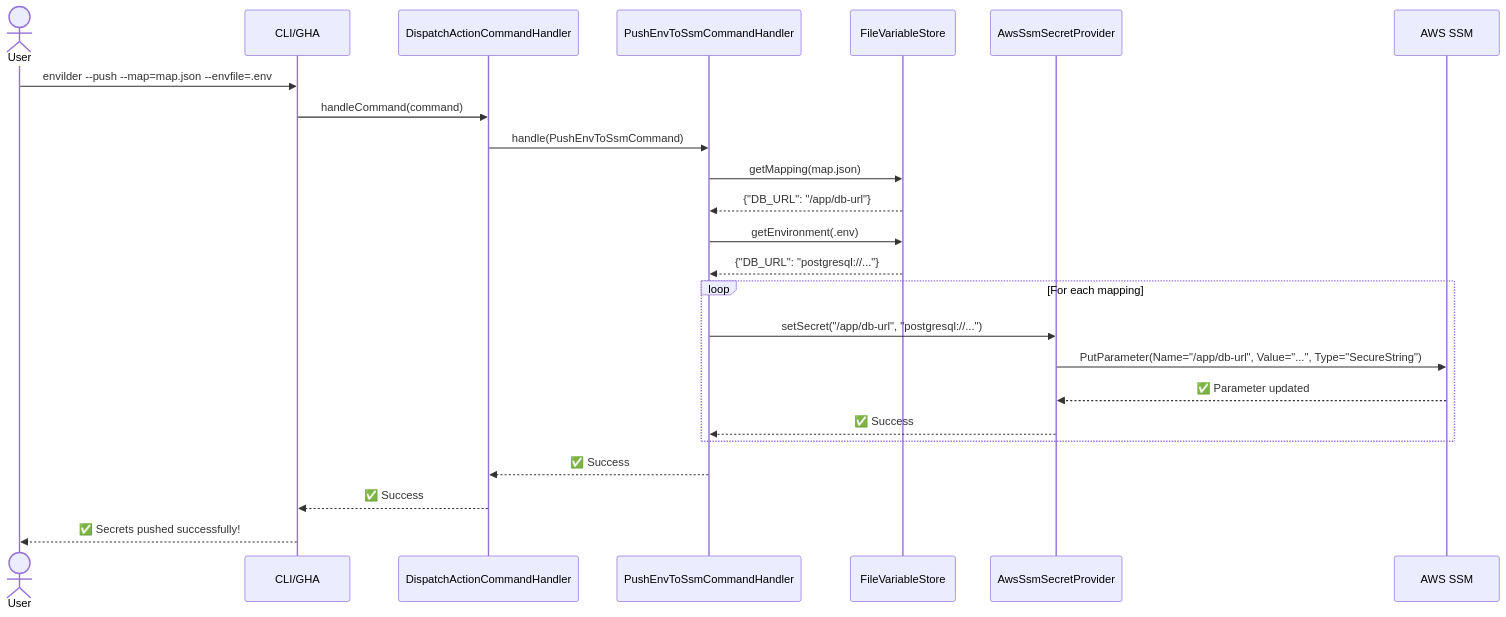
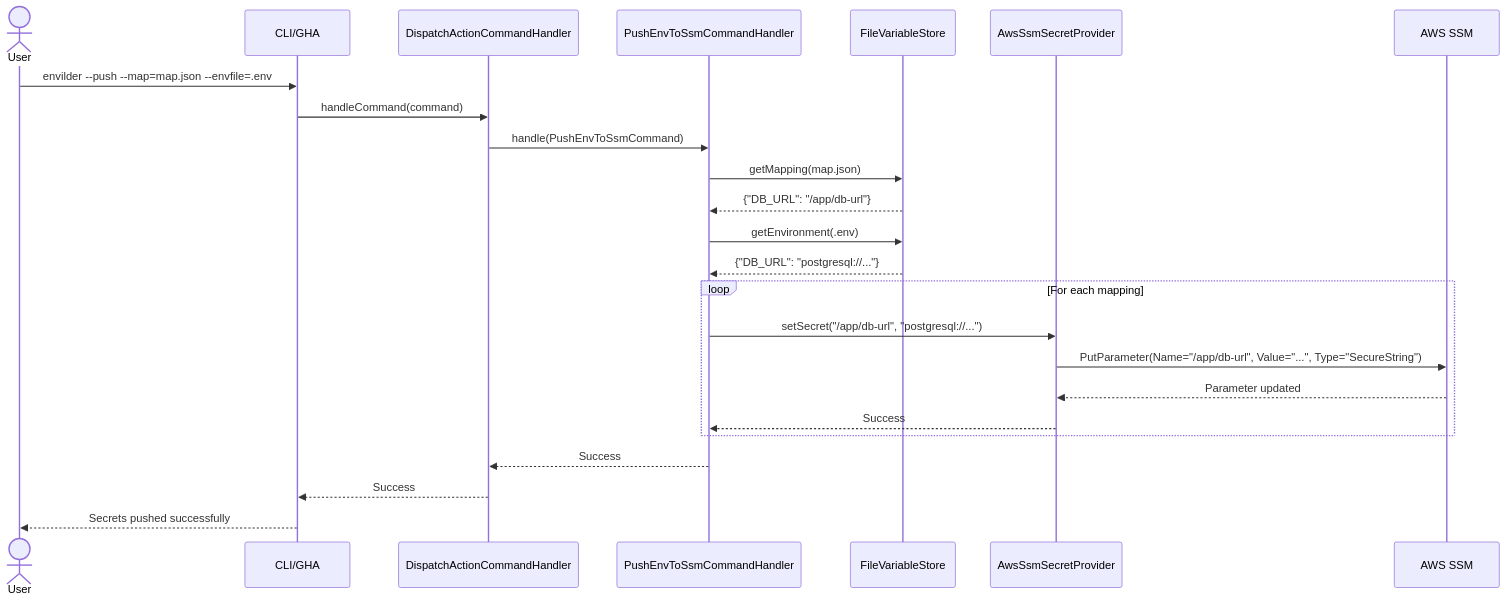
The third of 4 diagrams in docs/architecture/README.md (macalbert/envilder), drawn with Mermaid before and after one commit. The commit also changed other lines of this file and 2 other files, not shown here.

````diff
--- a/docs/architecture/README.md
+++ b/docs/architecture/README.md
@@ -172,31 +210,31 @@
 ```mermaid
 sequenceDiagram
     actor User
     participant CLI as CLI/GHA
     participant Dispatch as DispatchActionCommandHandler
     participant Push as PushEnvToSsmCommandHandler
     participant FileStore as FileVariableStore
     participant AWS as AwsSsmSecretProvider
     participant SSM as AWS SSM
 
     User->>CLI: envilder --push --map=map.json --envfile=.env
     CLI->>Dispatch: handleCommand(command)
     Dispatch->>Push: handle(PushEnvToSsmCommand)
     
     Push->>FileStore: getMapping(map.json)
     FileStore-->>Push: {"DB_URL": "/app/db-url"}
     
     Push->>FileStore: getEnvironment(.env)
     FileStore-->>Push: {"DB_URL": "postgresql://..."}
     
     loop For each mapping
         Push->>AWS: setSecret("/app/db-url", "postgresql://...")
         AWS->>SSM: PutParameter(Name="/app/db-url", Value="...", Type="SecureString")
-        SSM-->>AWS: ✅ Parameter updated
-        AWS-->>Push: ✅ Success
+        SSM-->>AWS: Parameter updated
+        AWS-->>Push: Success
     end
     
-    Push-->>Dispatch: ✅ Success
-    Dispatch-->>CLI: ✅ Success
-    CLI-->>User: ✅ Secrets pushed successfully!
+    Push-->>Dispatch: Success
+    Dispatch-->>CLI: Success
+    CLI-->>User: Secrets pushed successfully
 ```
````
